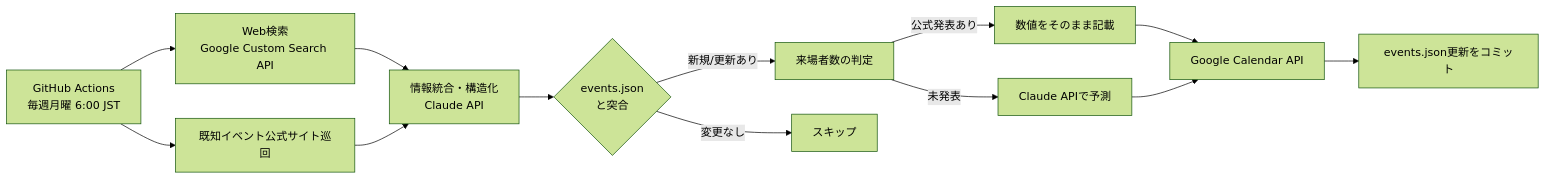
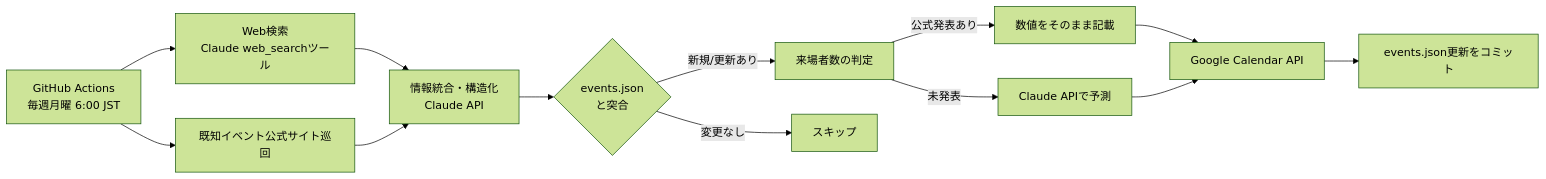
Before and after one commit to one-fr/Tokai_Wanko_Event: the diagram in README.md, drawn with Mermaid (forest theme). The commit also changed other lines of this file and 23 other files, not shown here.

````diff
--- a/README.md
+++ b/README.md
@@ -19,15 +19,15 @@
 ```mermaid
 flowchart LR
-    A[GitHub Actions\n毎週月曜 6:00 JST] --> B[Web検索\nGoogle Custom Search API]
+    A[GitHub Actions\n毎週月曜 6:00 JST] --> B[Web検索\nClaude web_searchツール]
     A --> C[既知イベント公式サイト巡回]
     B --> D[情報統合・構造化\nClaude API]
     C --> D
     D --> E{events.json\nと突合}
     E -->|新規/更新あり| F[来場者数の判定]
     E -->|変更なし| G[スキップ]
     F -->|公式発表あり| H[数値をそのまま記載]
     F -->|未発表| I[Claude APIで予測]
     H --> J[Google Calendar API]
     I --> J
     J --> K[events.json更新をコミット]
 ```
````
